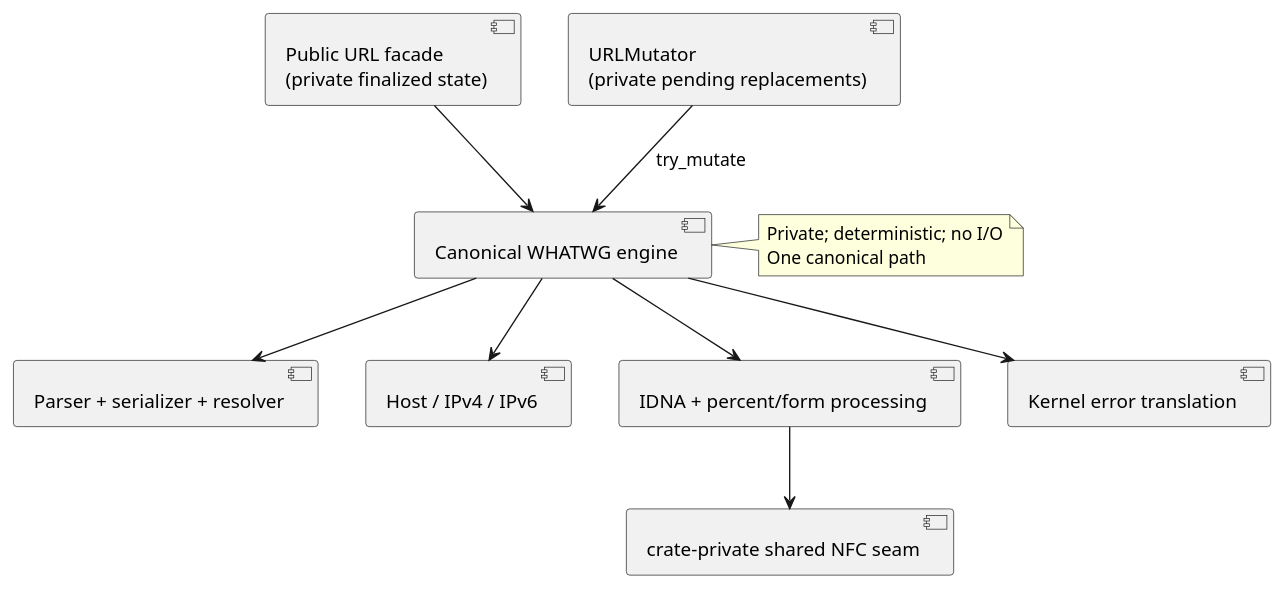
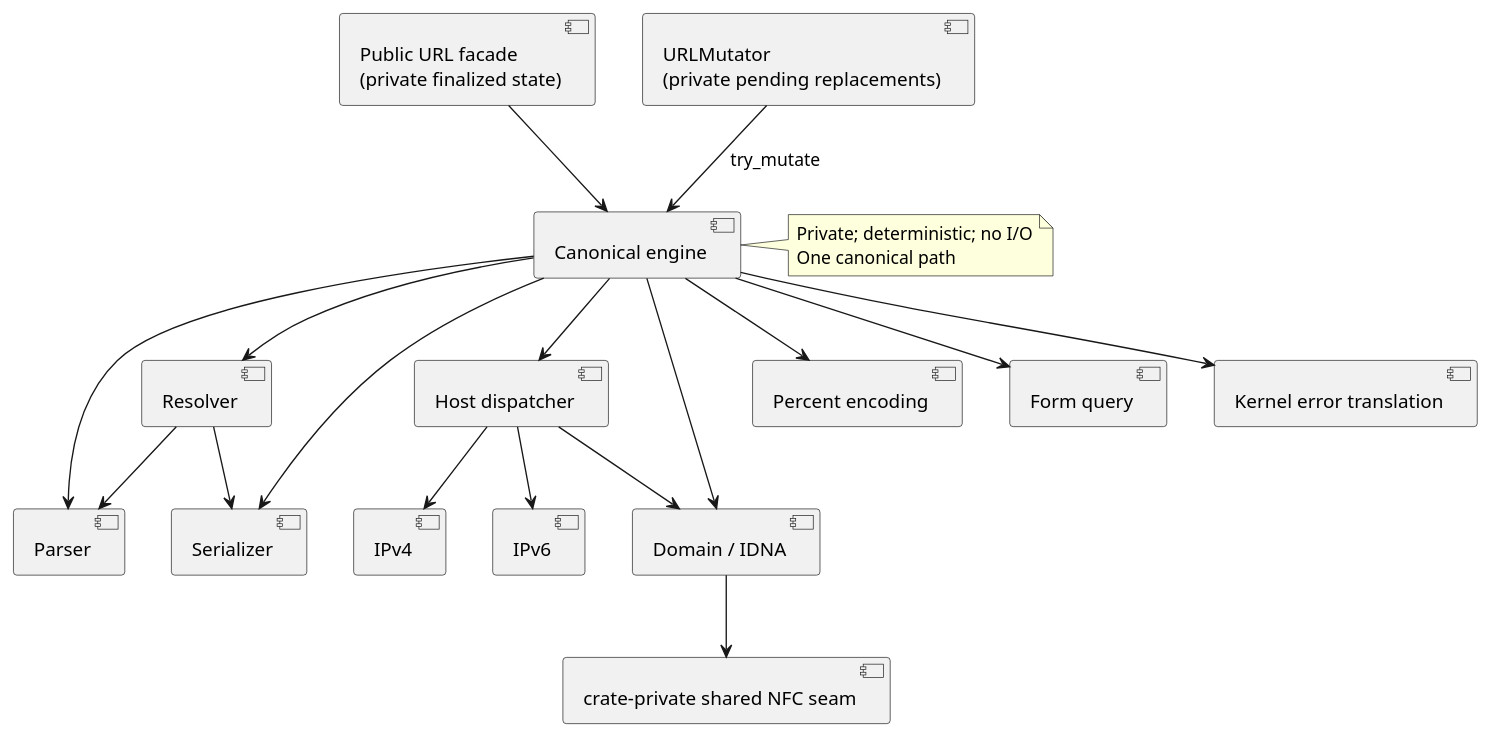
The diagram in docs/implementation-handoffs/aknl-url-engine-architecture.puml (attestify/kernel-oss), drawn with PlantUML before and after one commit. The commit also changed 3 other files, not shown here.

```diff
--- a/docs/implementation-handoffs/aknl-url-engine-architecture.puml
+++ b/docs/implementation-handoffs/aknl-url-engine-architecture.puml
@@ -1,18 +1,33 @@
 @startuml
 component "Public URL facade\n(private finalized state)" as facade
 component "URLMutator\n(private pending replacements)" as mutator
-component "Canonical WHATWG engine" as engine
-component "Parser + serializer + resolver" as parse
-component "Host / IPv4 / IPv6" as host
-component "IDNA + percent/form processing" as idna
+component "Canonical engine" as engine
+component Parser as parser
+component Serializer as serializer
+component Resolver as resolver
+component "Host dispatcher" as host
+component IPv4 as ipv4
+component IPv6 as ipv6
+component "Domain / IDNA" as idna
+component "Percent encoding" as percent
+component "Form query" as form
 component "crate-private shared NFC seam" as nfc
 component "Kernel error translation" as error
 facade --> engine
 mutator --> engine : try_mutate
-engine --> parse
+engine --> parser
+engine --> serializer
+engine --> resolver
 engine --> host
 engine --> idna
+engine --> percent
+engine --> form
+resolver --> parser
+resolver --> serializer
+host --> ipv4
+host --> ipv6
+host --> idna
 engine --> error
 idna --> nfc
 note right of engine : Private; deterministic; no I/O\nOne canonical path
 @enduml
```
